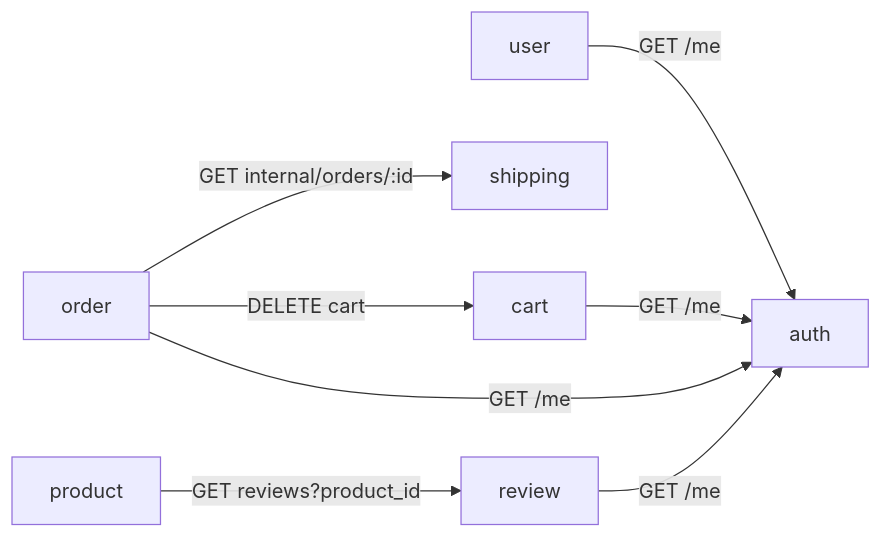
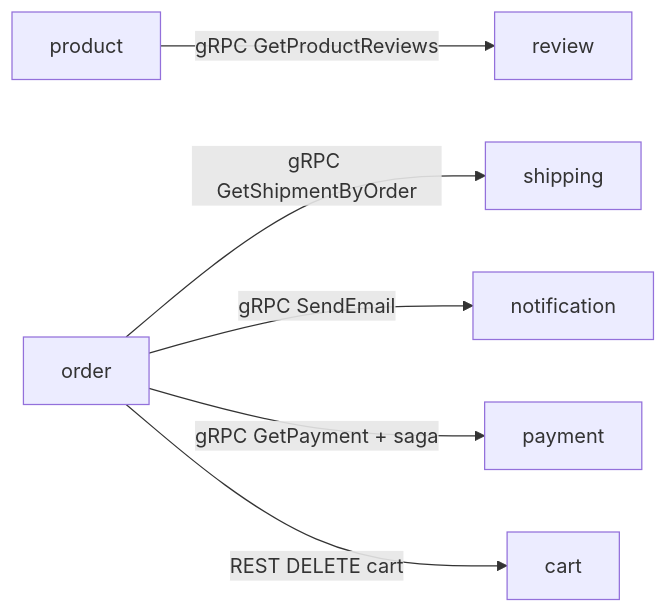
The second of 2 diagrams in docs/api/microservices.md (duynhlab/homelab), drawn with Mermaid before and after one commit. The commit also changed other lines of this file and 43 other files, not shown here.

````diff
--- a/docs/api/microservices.md
+++ b/docs/api/microservices.md
@@ -142,10 +148,8 @@
 ```mermaid
 flowchart LR
-    PROD[product] -->|GET reviews?product_id| REV[review]
-    ORD[order] -->|GET internal/orders/:id| SHIP[shipping]
-    ORD -->|DELETE cart| CART[cart]
-    USER[user] -->|GET /me| AUTH[auth]
-    CART -->|GET /me| AUTH
-    ORD -->|GET /me| AUTH
-    REV -->|GET /me| AUTH
+    PROD[product] -->|gRPC GetProductReviews| REV[review]
+    ORD[order] -->|gRPC GetShipmentByOrder| SHIP[shipping]
+    ORD -->|gRPC SendEmail| NOTIF[notification]
+    ORD -->|gRPC GetPayment + saga| PAY[payment]
+    ORD -->|REST DELETE cart| CART[cart]
 ```
````
